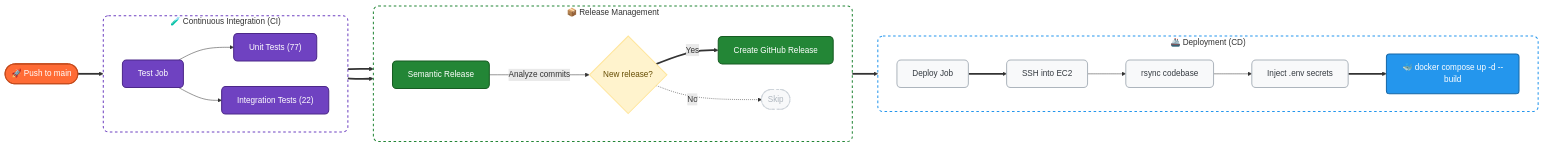
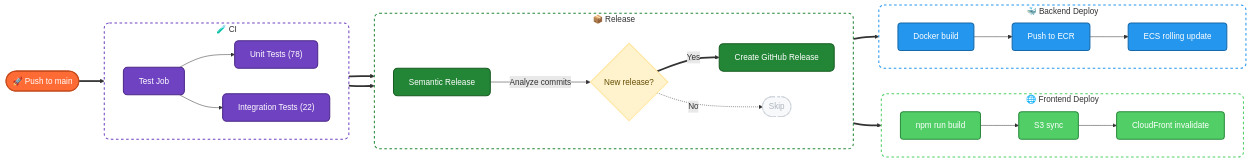
Before and after one commit to 986913/WHATTOEAT: the third of 5 diagrams in readme.md, drawn with Mermaid. The commit also changed other lines of this file and 3 other files, not shown here.

Commit message:
feat: migrate to ecs fargate, serverless container, rolling depolyment

````diff
--- a/readme.md
+++ b/readme.md
@@ -241,69 +234,61 @@
 ```mermaid
 flowchart LR
-    %% --- 🎨 自定义样式与色彩 (完美保留你的主题色并增加质感) ---
     classDef trigger fill:#FF6B35,stroke:#c4491a,stroke-width:2px,color:#fff,rx:20px,ry:20px;
     classDef test fill:#6f42c1,stroke:#4c2889,stroke-width:2px,color:#fff,rx:8px,ry:8px;
     classDef release fill:#238636,stroke:#175c22,stroke-width:2px,color:#fff,rx:8px,ry:8px;
     classDef decision fill:#fff3cd,stroke:#ffe69c,stroke-width:2px,color:#664d03;
     classDef deploy fill:#f8f9fa,stroke:#adb5bd,stroke-width:2px,color:#343a40,rx:8px,ry:8px;
     classDef docker fill:#2496ED,stroke:#1668a8,stroke-width:2px,color:#fff,rx:6px,ry:6px;
+    classDef s3 fill:#51cf66,stroke:#2b8a3e,stroke-width:2px,color:#fff,rx:6px,ry:6px;
     classDef skip fill:#f8f9fa,stroke:#ced4da,stroke-width:2px,color:#adb5bd,stroke-dasharray: 5 5,rx:20px,ry:20px;
 
-    %% --- 🔳 阶段分组虚线边框 ---
     style CIPhase fill:none,stroke:#6f42c1,stroke-width:2px,stroke-dasharray: 5 5,rx:10
     style ReleasePhase fill:none,stroke:#238636,stroke-width:2px,stroke-dasharray: 5 5,rx:10
-    style CDPhase fill:none,stroke:#2496ED,stroke-width:2px,stroke-dasharray: 5 5,rx:10
+    style FEDeploy fill:none,stroke:#51cf66,stroke-width:2px,stroke-dasharray: 5 5,rx:10
+    style BEDeploy fill:none,stroke:#2496ED,stroke-width:2px,stroke-dasharray: 5 5,rx:10
 
-    %% ========== 触发点 ==========
     A(["🚀 Push to main"]):::trigger
 
-    %% ========== CI 阶段 ==========
-    subgraph CIPhase ["🧪 Continuous Integration (CI)"]
+    subgraph CIPhase ["🧪 CI"]
         direction LR
         T["Test Job"]:::test
-        T1["Unit Tests (77)"]:::test
+        T1["Unit Tests (78)"]:::test
         T2["Integration Tests (22)"]:::test
     end
 
-    %% ========== Release 阶段 ==========
-    subgraph ReleasePhase ["📦 Release Management"]
+    subgraph ReleasePhase ["📦 Release"]
         direction LR
         B["Semantic Release"]:::release
         C{"New release?"}:::decision
         D["Create GitHub Release"]:::release
         F(["Skip"]):::skip
     end
 
-    %% ========== CD 阶段 ==========
-    subgraph CDPhase ["🚢 Deployment (CD)"]
+    subgraph FEDeploy ["🌐 Frontend Deploy"]
         direction LR
-        E["Deploy Job"]:::deploy
-        E1["SSH into EC2"]:::deploy
-        E2["rsync codebase"]:::deploy
-        E3["Inject .env secrets"]:::deploy
-        E4["🐳 docker compose up -d --build"]:::docker
+        FE1["npm run build"]:::s3
+        FE2["S3 sync"]:::s3
+        FE3["CloudFront invalidate"]:::s3
     end
 
-    %% ========== 链路逻辑 (严格保持原有逻辑) ==========
+    subgraph BEDeploy ["🐳 Backend Deploy"]
+        direction LR
+        BE1["Docker build"]:::docker
+        BE2["Push to ECR"]:::docker
+        BE3["ECS rolling update"]:::docker
+    end
 
-    %% 主链路使用加粗箭头 (==>) 突出 Happy Path
     A ==> T
     T --> T1
     T --> T2
-
-    %% 测试汇聚到发布
     T1 & T2 ==> B
-
     B -- "Analyze commits" --> C
-
-    %% 判断分支
     C == "Yes" ==> D
     C -. "No" .-> F
 
-    %% 部署链路
-    D ==> E
-    E ==> E1
-    E1 --> E2
-    E2 --> E3
-    E3 ==> E4
+    D ==> FE1
+    FE1 --> FE2 --> FE3
+
+    D ==> BE1
+    BE1 --> BE2 --> BE3
 ```
````
